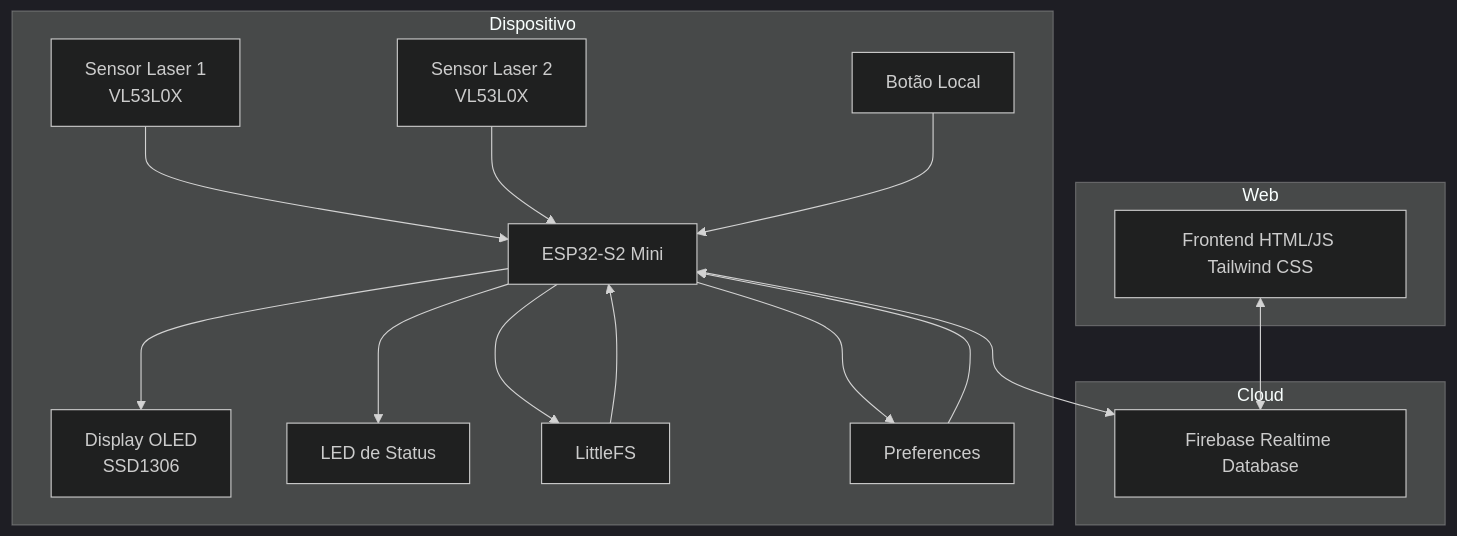
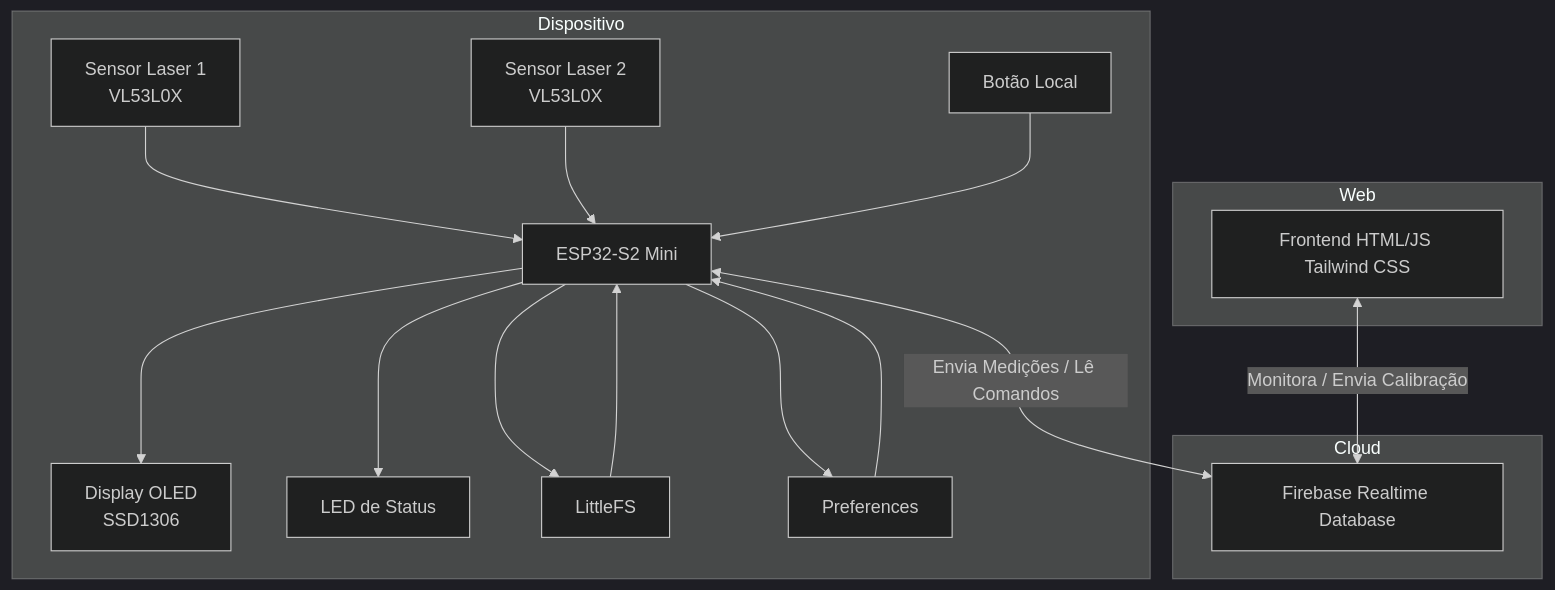
One commit to tecbudo/niveltec changed the first of 11 diagrams in README.md. Above: the diagram before and after it, drawn with Mermaid (dark theme). The commit also changed other lines of this file, not shown here.

Commit message:
Atualiza documentação do projeto NivelTec com detalhes sobre a implementação do Filtro de Mediana, Calibração Geométrica e Filtro de Kalman, além de melhorias na estrutura e formatação do README.md.

````diff
--- a/README.md
+++ b/README.md
@@ -29,31 +32,31 @@
 ```mermaid
 graph TB
     subgraph Dispositivo
         A[ESP32-S2 Mini]
         B[Sensor Laser 1<br>VL53L0X]
         C[Sensor Laser 2<br>VL53L0X]
         D[Display OLED<br>SSD1306]
         E[LED de Status]
         F[Botão Local]
-        G[LittleFS ]
-        H[Preferences ]
+        G[LittleFS]
+        H[Preferences]
     end
     subgraph Cloud
         I[Firebase Realtime Database]
     end
     subgraph Web
         J[Frontend HTML/JS Tailwind CSS]
     end
 
     B --> A
     C --> A
     A --> D
     A --> E
     F --> A
-    A <--> I
-    J <--> I
+    A <-->|Envia Medições / Lê Comandos| I
+    J <-->|Monitora / Envia Calibração| I
     A --> G
     G --> A
     A --> H
     H --> A
 ```
````
